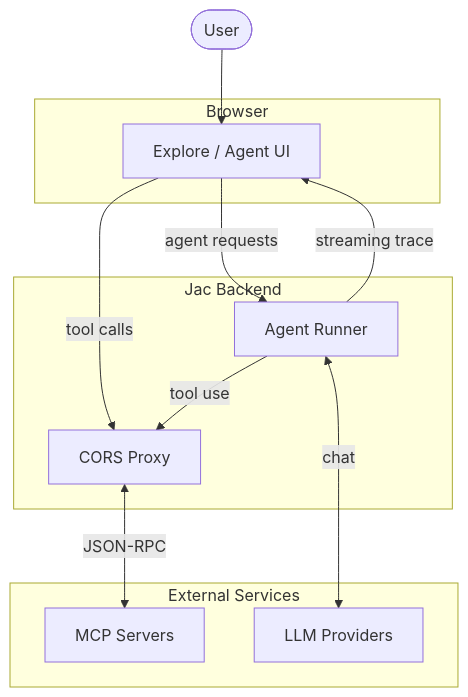
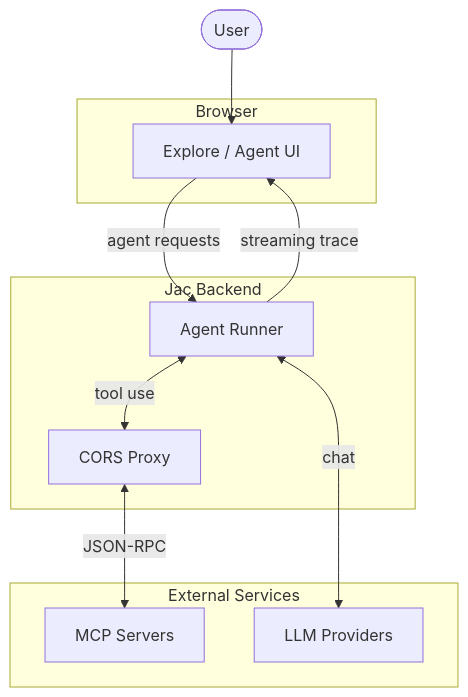
One commit to SahanUday/ProtoMCP changed the diagram in README.md. Above: the diagram before and after it, drawn with Mermaid.

````diff
--- a/README.md
+++ b/README.md
@@ -59,26 +59,25 @@
 ```mermaid
 graph TB
     User(["User"])
 
     subgraph Browser["Browser"]
         UI["Explore / Agent UI"]
     end
 
     subgraph Backend["Jac Backend"]
         Proxy["CORS Proxy"]
         Agent["Agent Runner"]
     end
 
     subgraph External["External Services"]
         MCP["MCP Servers"]
         LLM["LLM Providers"]
     end
 
     User --> UI
-    UI -->|"tool calls"| Proxy
     UI -->|"agent requests"| Agent
     Proxy <-->|"JSON-RPC"| MCP
-    Agent -->|"tool use"| Proxy
+    Agent <-->|"tool use"| Proxy
     Agent <-->|"chat"| LLM
     Agent -->|"streaming trace"| UI
 ```
````
